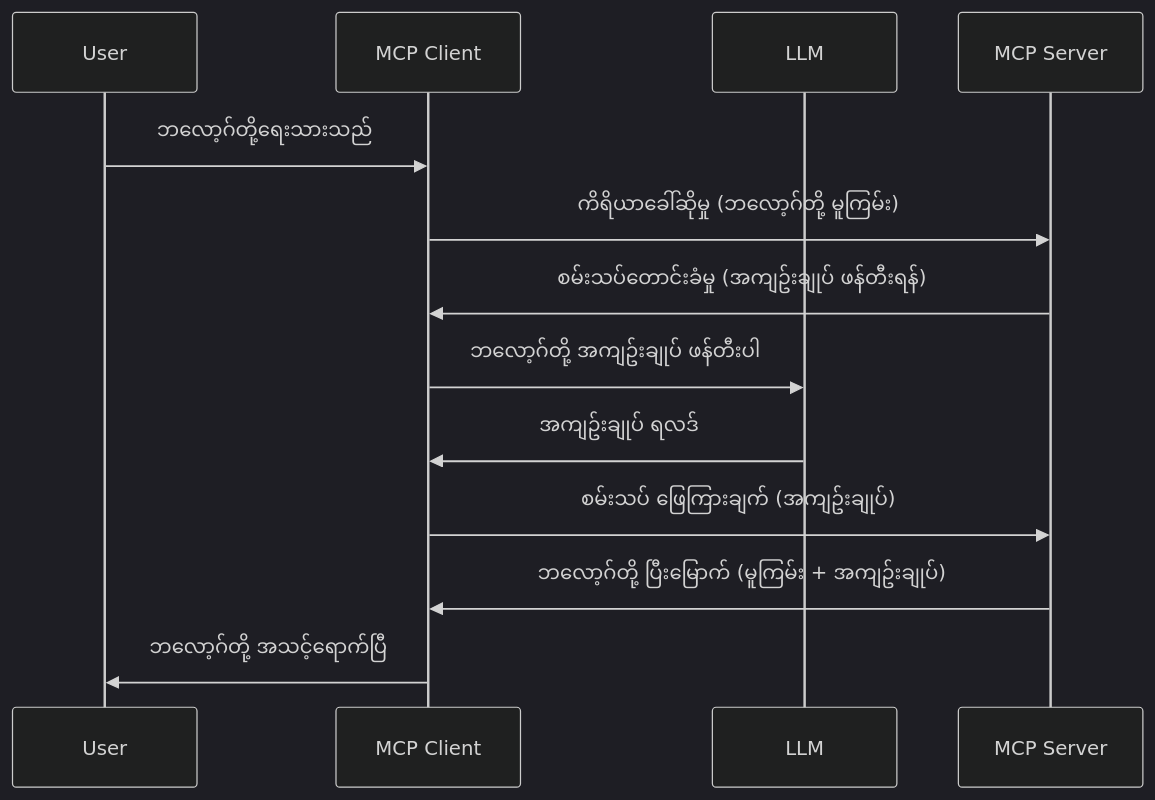
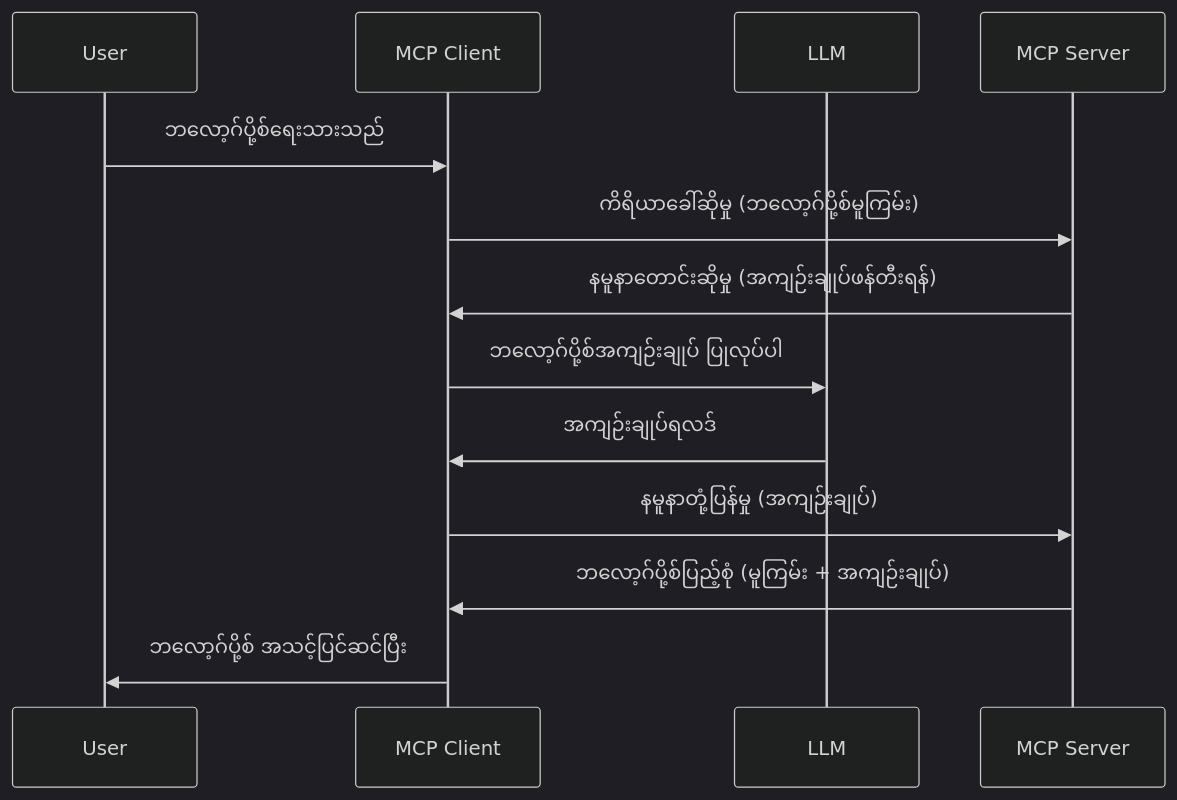
Before and after one commit to HIDORAKAI002/ai-workspace-archive: the diagram in mcp_ecosystem__model_context_protocol/mcp_learning_resources/mcp-for-beginners/translations/my/03-GettingStarted/14-sampling/README.md, drawn with Mermaid (dark theme). The commit also changed other lines of this file and 1539 other files, not shown here.

````diff
--- a/mcp_ecosystem__model_context_protocol/mcp_learning_resources/mcp-for-beginners/translations/my/03-GettingStarted/14-sampling/README.md
+++ b/mcp_ecosystem__model_context_protocol/mcp_learning_resources/mcp-for-beginners/translations/my/03-GettingStarted/14-sampling/README.md
@@ -23,16 +23,16 @@
 ```mermaid
 sequenceDiagram
     participant User
     participant MCP Client
     participant LLM
     participant MCP Server
 
-    User->>MCP Client: ဘလော့ဂ်တို့ရေးသားသည်
-    MCP Client->>MCP Server: ကိရိယာခေါ်ဆိုမှု (ဘလော့ဂ်တို့ မူကြမ်း)
-    MCP Server->>MCP Client: စမ်းသပ်တောင်းခံမှု (အကျဥ်းချုပ် ဖန်တီးရန်)
-    MCP Client->>LLM: ဘလော့ဂ်တို့ အကျဥ်းချုပ် ဖန်တီးပါ
-    LLM->>MCP Client: အကျဥ်းချုပ် ရလဒ်
-    MCP Client->>MCP Server: စမ်းသပ် ဖြေကြားချက် (အကျဥ်းချုပ်)
-    MCP Server->>MCP Client: ဘလော့ဂ်တို့ ပြီးမြောက် (မူကြမ်း + အကျဥ်းချုပ်)
-    MCP Client->>User: ဘလော့ဂ်တို့ အသင့်ရောက်ပြီ
+    User->>MCP Client: ဘလော့ဂ်ပို့စ်ရေးသားသည်
+    MCP Client->>MCP Server: ကိရိယာခေါ်ဆိုမှု (ဘလော့ဂ်ပို့စ်မူကြမ်း)
+    MCP Server->>MCP Client: နမူနာတောင်းဆိုမှု (အကျဉ်းချုပ်ဖန်တီးရန်)
+    MCP Client->>LLM: ဘလော့ဂ်ပို့စ်အကျဉ်းချုပ် ပြုလုပ်ပါ
+    LLM->>MCP Client: အကျဉ်းချုပ်ရလဒ်
+    MCP Client->>MCP Server: နမူနာတုံ့ပြန်မှု (အကျဉ်းချုပ်)
+    MCP Server->>MCP Client: ဘလော့ဂ်ပို့စ်ပြည့်စုံ (မူကြမ်း + အကျဉ်းချုပ်)
+    MCP Client->>User: ဘလော့ဂ်ပို့စ် အသင့်ပြင်ဆင်ပြီး
 ```
````
